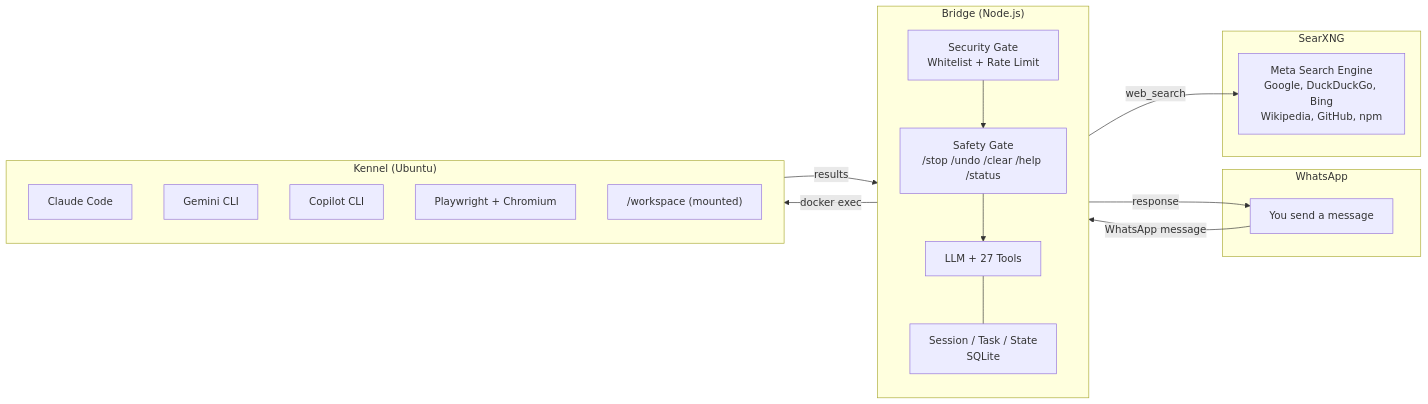
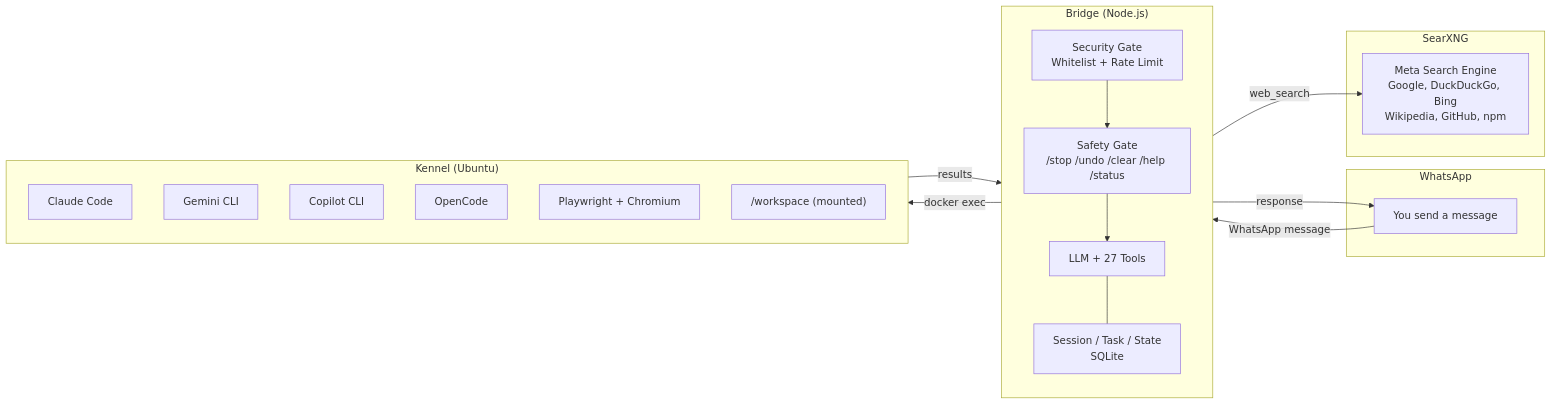
Before and after one commit to Traves-Theberge/Fetch: the diagram in README.md, drawn with Mermaid. The commit also changed other lines of this file and 29 other files, not shown here.

First line of the commit message:
chore(release): — OpenCode harness, memory system overhaul, TUI cleanup

````diff
--- a/README.md
+++ b/README.md
@@ -28,35 +28,36 @@
 ```mermaid
 flowchart LR
     subgraph WhatsApp
         User["You send a message"]
     end
 
     subgraph Bridge["Bridge (Node.js)"]
         direction TB
         Security["Security Gate\nWhitelist + Rate Limit"]
         Safety["Safety Gate\n/stop /undo /clear /help /status"]
         LLM["LLM + 27 Tools"]
         State["Session / Task / State\nSQLite"]
         Security --> Safety --> LLM
         LLM --- State
     end
 
     subgraph Kennel["Kennel (Ubuntu)"]
         direction TB
         Claude["Claude Code"]
         Gemini["Gemini CLI"]
         Copilot["Copilot CLI"]
+        OpenCode["OpenCode"]
         Playwright["Playwright + Chromium"]
         Workspace["/workspace (mounted)"]
     end
 
     subgraph Search["SearXNG"]
         SearX["Meta Search Engine\nGoogle, DuckDuckGo, Bing\nWikipedia, GitHub, npm"]
     end
 
     User -->|"WhatsApp message"| Security
     LLM -->|"docker exec"| Kennel
     LLM -->|"web_search"| SearX
     Kennel -->|"results"| LLM
     LLM -->|"response"| User
 ```
````
